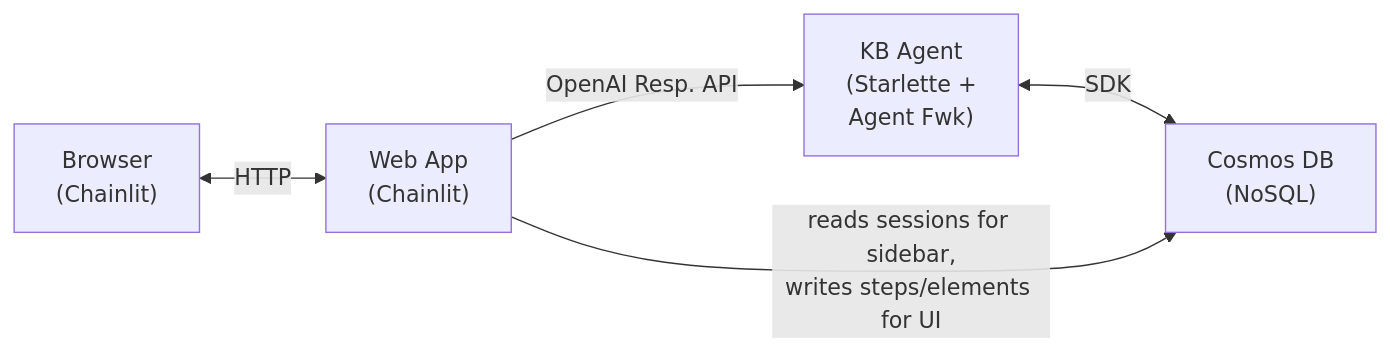
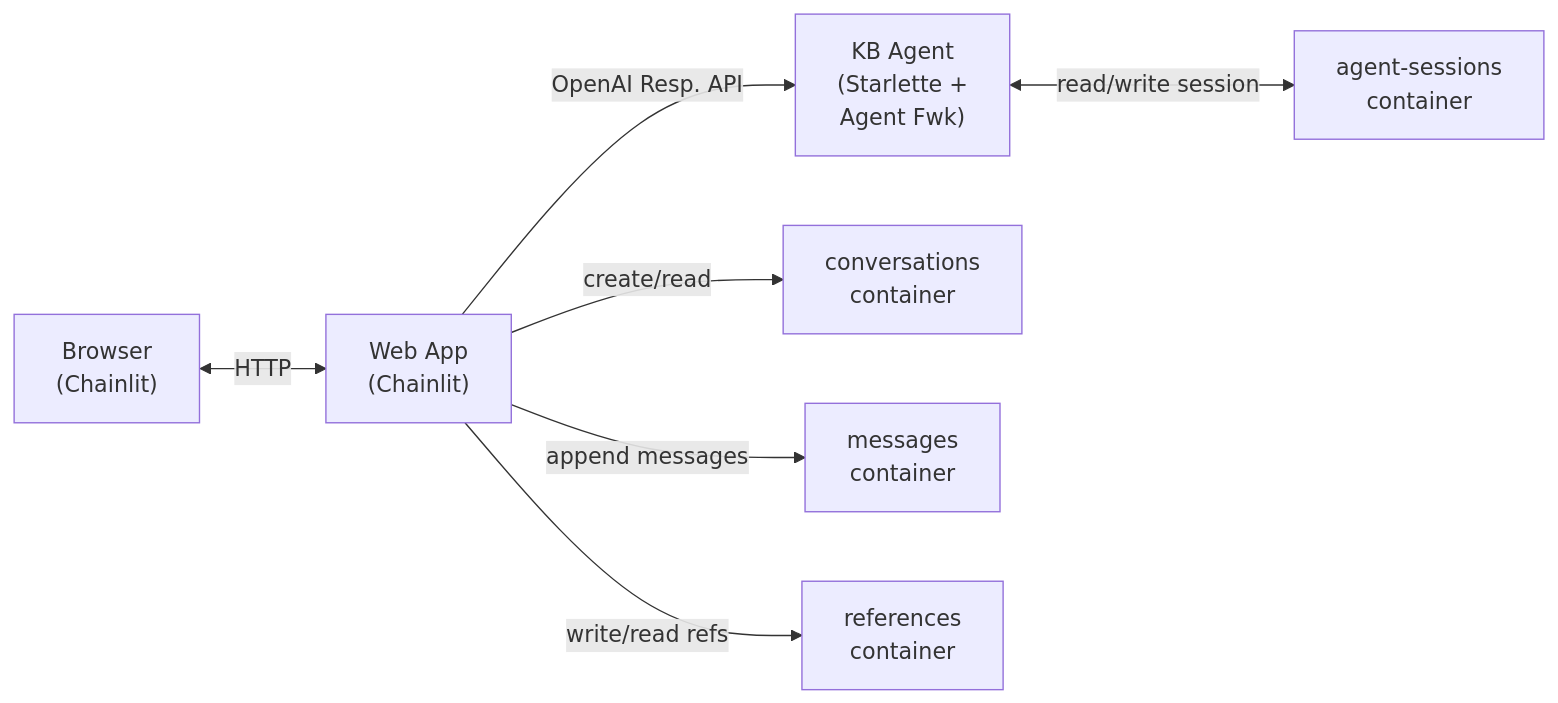
Before and after one commit to aldelar/azure-knowledge-base-ingestion: the diagram in docs/specs/agent-memory.md, drawn with Mermaid. The commit also changed other lines of this file and 1 other file, not shown here.

````diff
--- a/docs/specs/agent-memory.md
+++ b/docs/specs/agent-memory.md
@@ -7,7 +16,9 @@
 ```mermaid
 flowchart LR
     Browser["Browser<br/>(Chainlit)"] <-->|HTTP| WebApp["Web App<br/>(Chainlit)"]
     WebApp -->|OpenAI Resp. API| Agent["KB Agent<br/>(Starlette +<br/>Agent Fwk)"]
-    Agent <-->|SDK| Cosmos["Cosmos DB<br/>(NoSQL)"]
-    WebApp -->|reads sessions for sidebar,<br/>writes steps/elements for UI| Cosmos
+    Agent <-->|read/write session| Sessions["agent-sessions<br/>container"]
+    WebApp -->|create/read| Conversations["conversations<br/>container"]
+    WebApp -->|append messages| Messages["messages<br/>container"]
+    WebApp -->|write/read refs| References["references<br/>container"]
 ```
````
